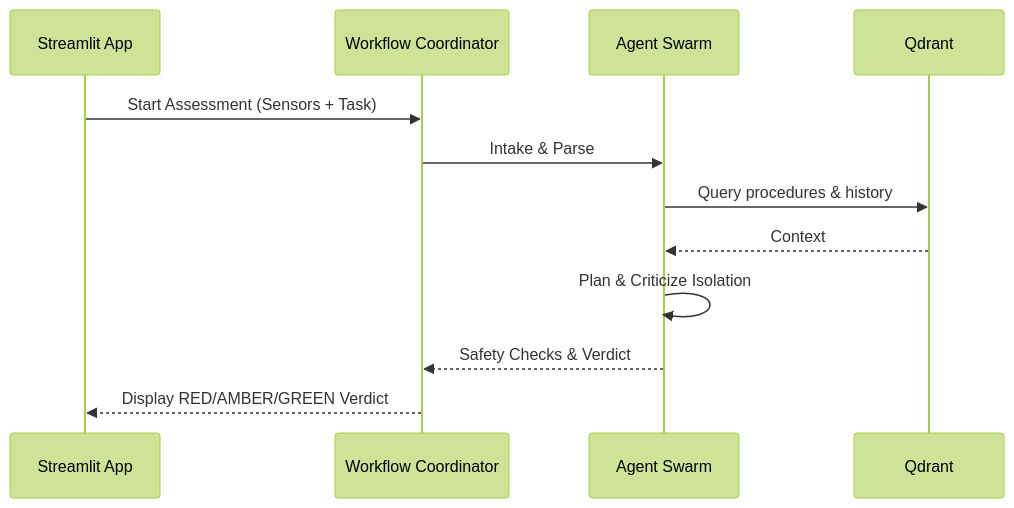
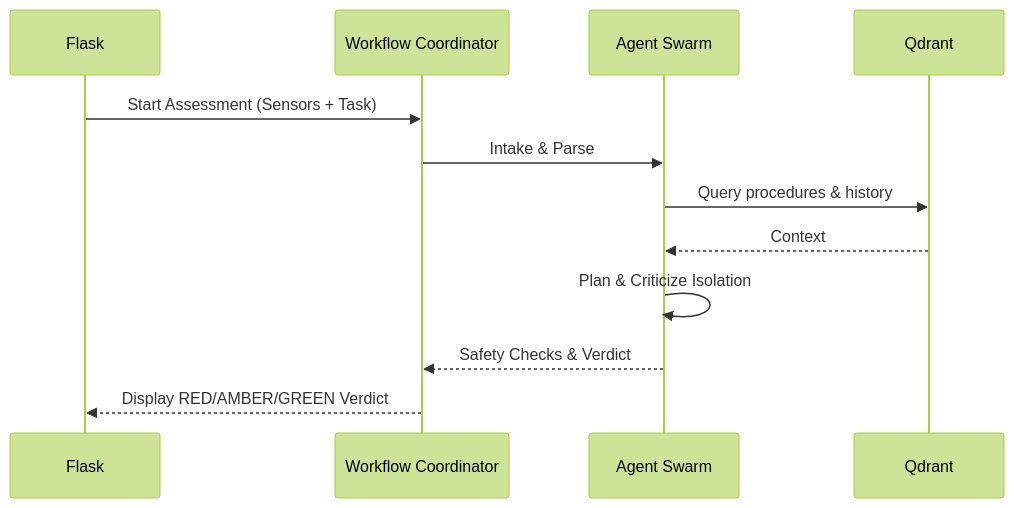
The second of 2 diagrams in README.md (Kishore-52/zera-ai-agent), drawn with Mermaid (forest theme) before and after one commit. The commit also changed other lines of this file, not shown here.

````diff
--- a/README.md
+++ b/README.md
@@ -43,14 +43,14 @@
 ```mermaid
 sequenceDiagram
-    participant UI as Streamlit App
+    participant UI as Flask 
     participant WF as Workflow Coordinator
     participant Agents as Agent Swarm
     participant Q as Qdrant
     UI->>WF: Start Assessment (Sensors + Task)
     WF->>Agents: Intake & Parse
     Agents->>Q: Query procedures & history
     Q-->>Agents: Context
     Agents->>Agents: Plan & Criticize Isolation
     Agents-->>WF: Safety Checks & Verdict
     WF-->>UI: Display RED/AMBER/GREEN Verdict
 ```
````
